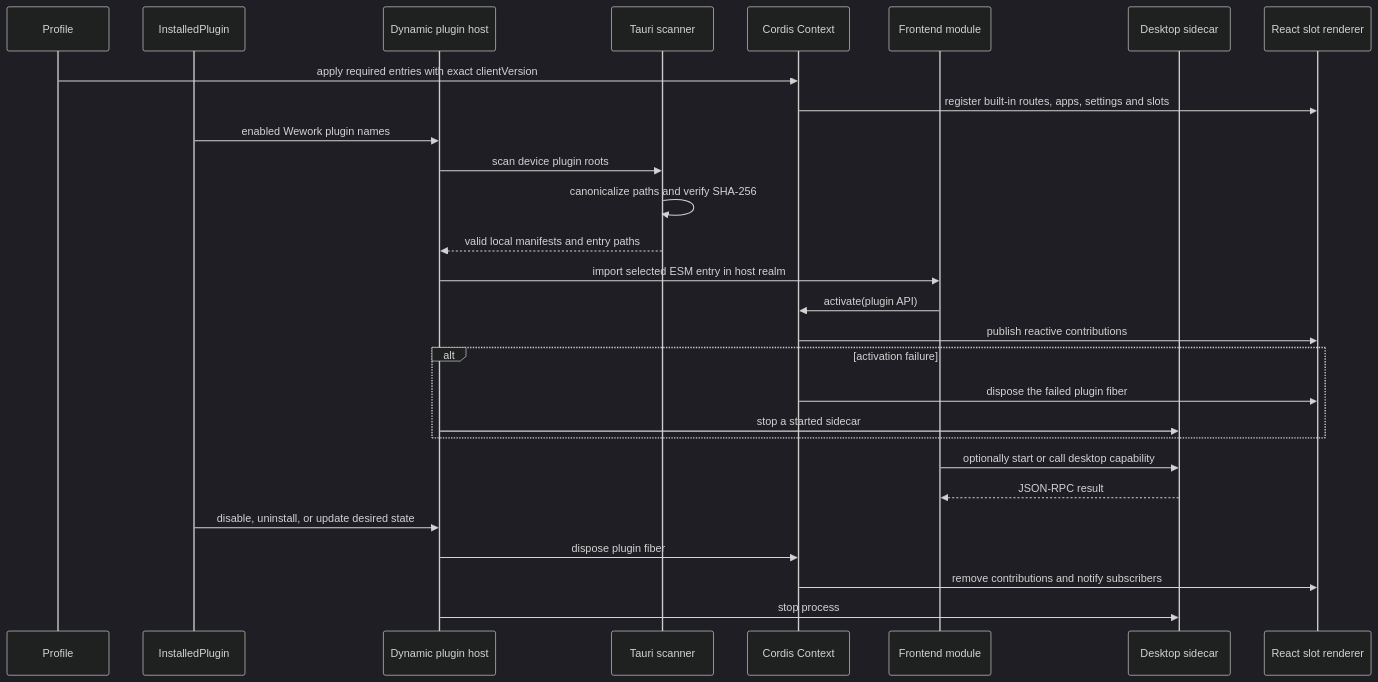
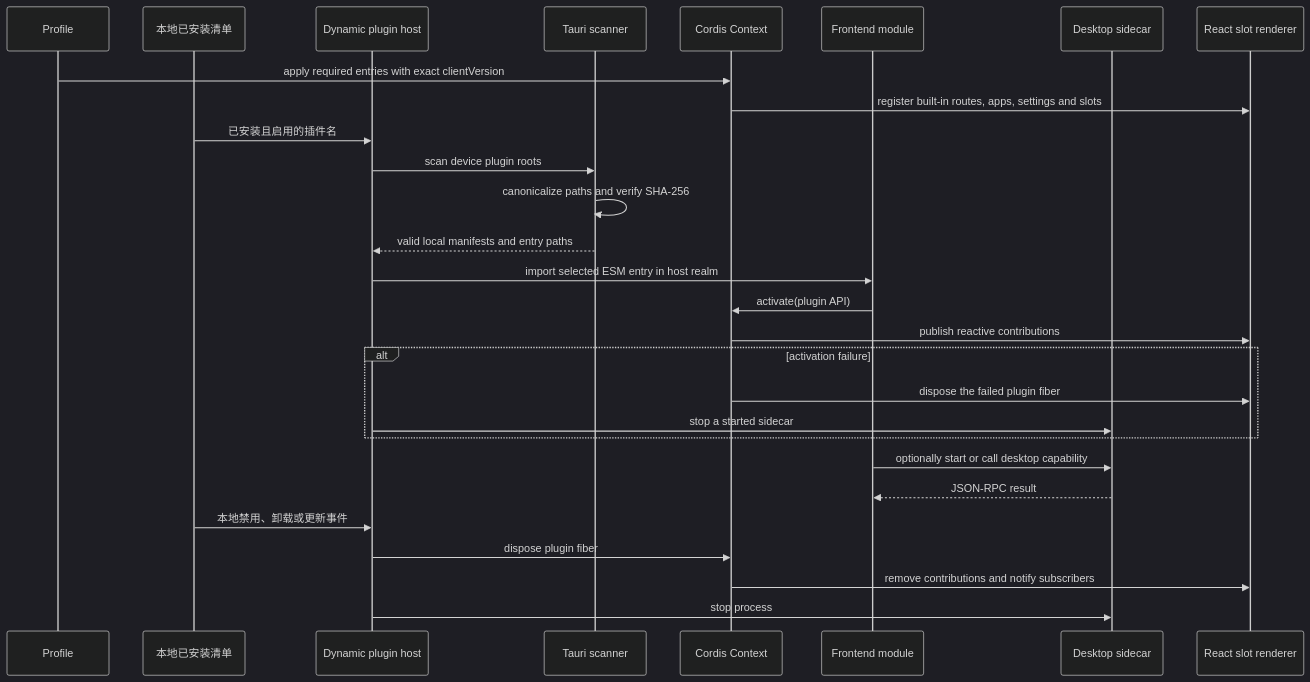
The second of 2 diagrams in docs/zh/architecture/workbench-plugin-runtime.md (wecode-ai/Wegent), drawn with Mermaid (dark theme) before and after one commit. The commit also changed other lines of this file and 16 other files, not shown here.

````diff
--- a/docs/zh/architecture/workbench-plugin-runtime.md
+++ b/docs/zh/architecture/workbench-plugin-runtime.md
@@ -26,33 +26,33 @@
 ```mermaid
 sequenceDiagram
     participant P as Profile
-    participant B as InstalledPlugin
+    participant I as 本地已安装清单
     participant D as Dynamic plugin host
     participant T as Tauri scanner
     participant C as Cordis Context
     participant F as Frontend module
     participant S as Desktop sidecar
     participant U as React slot renderer
 
     P->>C: apply required entries with exact clientVersion
     C->>U: register built-in routes, apps, settings and slots
-    B->>D: enabled Wework plugin names
+    I->>D: 已安装且启用的插件名
     D->>T: scan device plugin roots
     T->>T: canonicalize paths and verify SHA-256
     T-->>D: valid local manifests and entry paths
     D->>F: import selected ESM entry in host realm
     F->>C: activate(plugin API)
     C->>U: publish reactive contributions
 
     alt activation failure
         C->>U: dispose the failed plugin fiber
         D->>S: stop a started sidecar
     end
 
     F->>S: optionally start or call desktop capability
     S-->>F: JSON-RPC result
-    B->>D: disable, uninstall, or update desired state
+    I->>D: 本地禁用、卸载或更新事件
     D->>C: dispose plugin fiber
     C->>U: remove contributions and notify subscribers
     D->>S: stop process
 ```
````
